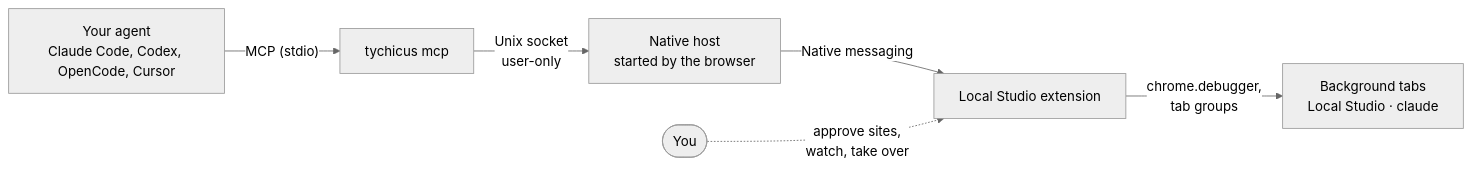
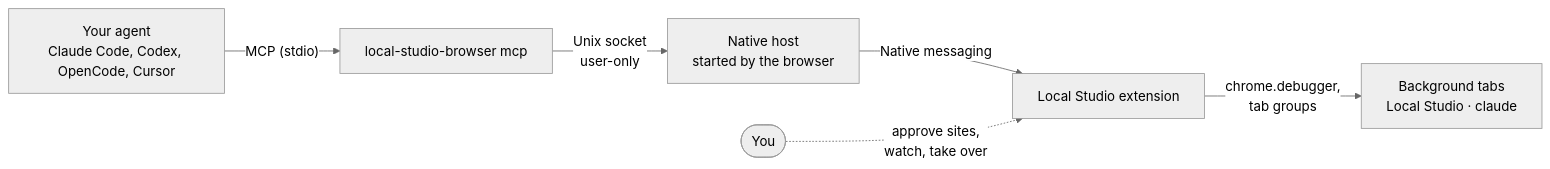
One commit to Students-of-Local/local-studio-use changed the diagram in GUIDE.md. Above: the diagram before and after it, drawn with Mermaid (neutral theme). The commit also changed other lines of this file and 913 other files, not shown here.

````diff
--- a/GUIDE.md
+++ b/GUIDE.md
@@ -525,8 +515,8 @@
 ```mermaid
 flowchart LR
-  A["Your agent<br/>Claude Code, Codex, OpenCode, Cursor"] -- "MCP (stdio)" --> B["tychicus mcp"]
+  A["Your agent<br/>Claude Code, Codex, OpenCode, Cursor"] -- "MCP (stdio)" --> B["local-studio-browser mcp"]
   B -- "Unix socket<br/>user-only" --> C["Native host<br/>started by the browser"]
   C -- "Native messaging" --> D["Local Studio extension"]
   D -- "chrome.debugger,<br/>tab groups" --> E["Background tabs<br/>Local Studio · claude"]
   U(["You"]) -. "approve sites,<br/>watch, take over" .-> D
 ```
````
